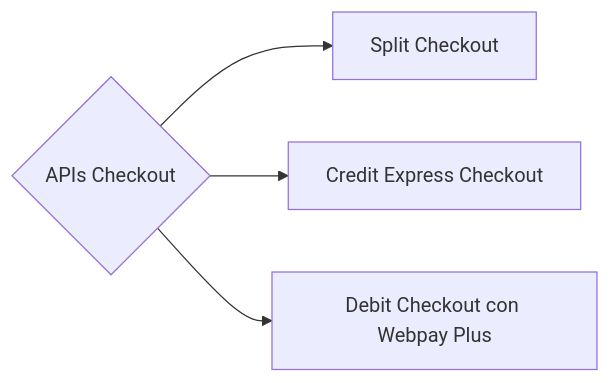
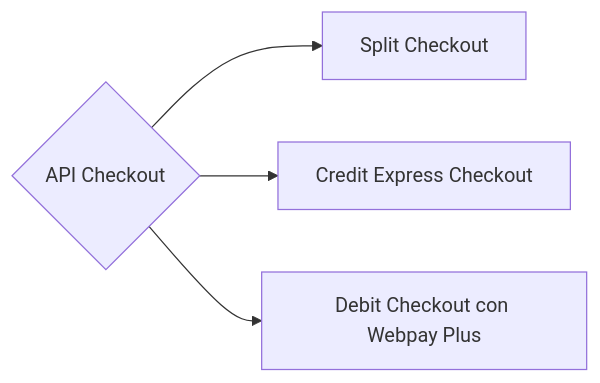
The diagram in site/content/api-checkout/_index.md (Peinau/hugo-dev-portal), drawn with Mermaid before and after one commit. The commit also changed other lines of this file, not shown here.

```diff
--- a/site/content/api-checkout/_index.md
+++ b/site/content/api-checkout/_index.md
@@ -7,7 +7,7 @@
 {{<mermaid align="left">}}
 graph LR;
-    A{APIs Checkout}
+    A{API Checkout}
     A --> B[Split Checkout]
     A --> C[Credit Express Checkout]
     A --> D[Debit Checkout con Webpay Plus]
 {{< /mermaid >}}
```
